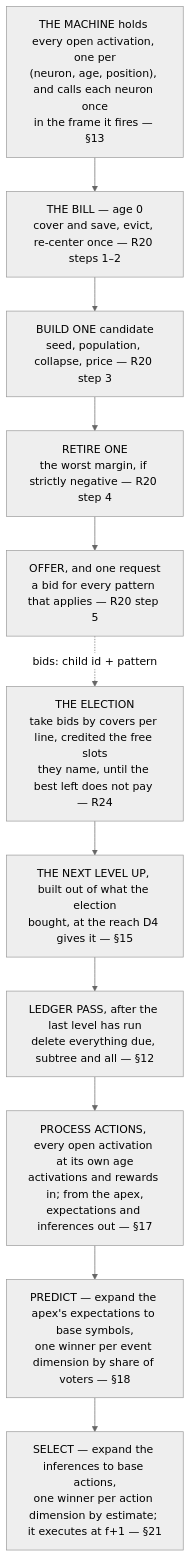
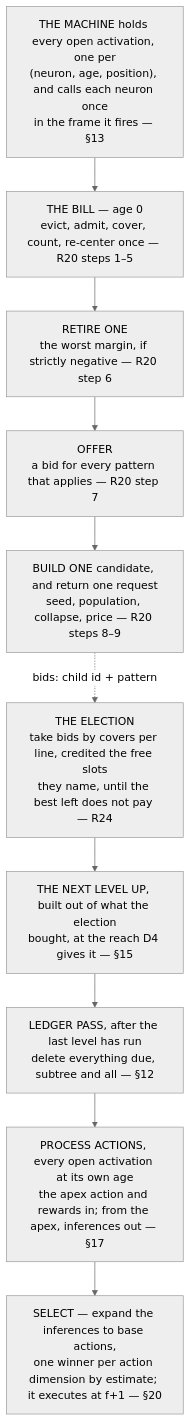
One commit to cucar/robot_brain changed the diagram in docs/algorithm-remarks.md. Above: the diagram before and after it, drawn with Mermaid (neutral theme). The commit also changed other lines of this file and 4 other files, not shown here.

Commit message:
get rid of same-kind connections + move consequence learning to hippocampus

````diff
--- a/docs/algorithm-remarks.md
+++ b/docs/algorithm-remarks.md
@@ -950,14 +943,13 @@
 ```mermaid
 flowchart TD
     A["THE MACHINE holds every open activation, one per<br/>(neuron, age, position), and calls each neuron once<br/>in the frame it fires — §13"]
-    A --> B["THE BILL — age 0<br/>cover and save, evict, re-center once — R20 steps 1–2"]
-    B --> M["BUILD ONE candidate<br/>seed, population, collapse, price — R20 step 3"]
-    M --> DEL["RETIRE ONE<br/>the worst margin, if strictly negative — R20 step 4"]
-    DEL --> P["OFFER, and one request<br/>a bid for every pattern that applies — R20 step 5"]
-    P -.->|"bids: child id + pattern"| X["THE ELECTION<br/>take bids by covers per line, credited the free slots<br/>they name, until the best left does not pay — R24"]
+    A --> B["THE BILL — age 0<br/>evict, admit, cover, count, re-center once — R20 steps 1–5"]
+    B --> DEL["RETIRE ONE<br/>the worst margin, if strictly negative — R20 step 6"]
+    DEL --> P["OFFER<br/>a bid for every pattern that applies — R20 step 7"]
+    P --> M["BUILD ONE candidate, and return one request<br/>seed, population, collapse, price — R20 steps 8–9"]
+    M -.->|"bids: child id + pattern"| X["THE ELECTION<br/>take bids by covers per line, credited the free slots<br/>they name, until the best left does not pay — R24"]
     X --> O["THE NEXT LEVEL UP, built out of what the election<br/>bought, at the reach D4 gives it — §15"]
     O --> Z["LEDGER PASS, after the last level has run<br/>delete everything due, subtree and all — §12"]
-    Z --> W["PROCESS ACTIONS, every open activation at its own age<br/>activations and rewards in; from the apex,<br/>expectations and inferences out — §17"]
-    W --> Y["PREDICT — expand the apex's expectations to base symbols,<br/>one winner per event dimension by share of voters — §18"]
-    Y --> S["SELECT — expand the inferences to base actions,<br/>one winner per action dimension by estimate; it executes at f+1 — §21"]
+    Z --> W["PROCESS ACTIONS, every open activation at its own age<br/>the apex action and rewards in; from the apex, inferences out — §17"]
+    W --> S["SELECT — expand the inferences to base actions,<br/>one winner per action dimension by estimate; it executes at f+1 — §20"]
 ```
````
